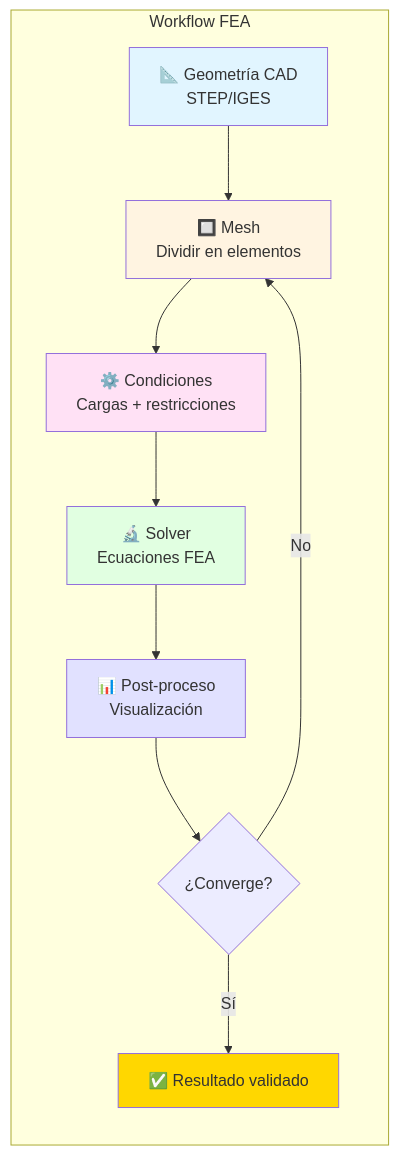
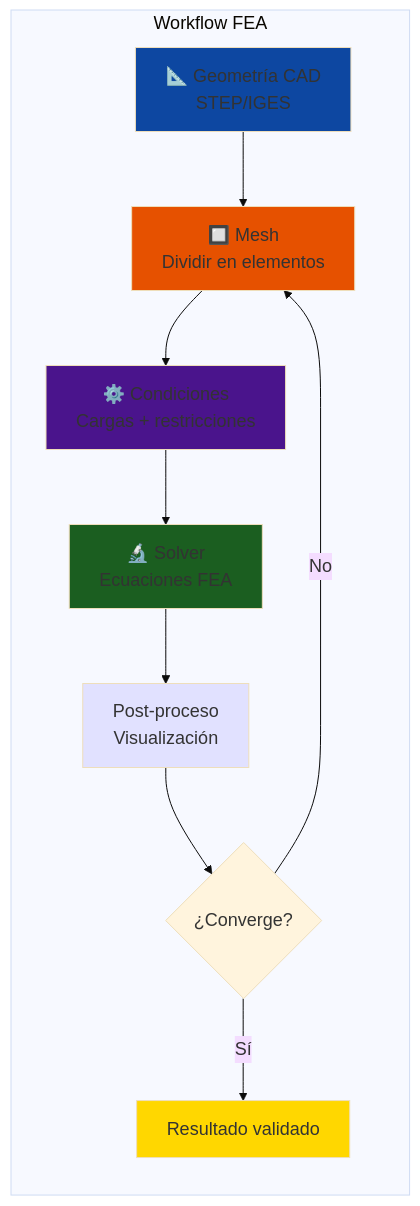
Before and after one commit to Ai-Whisperers/Courses-Content: the tenth of 18 diagrams in courses/🟡-development/FPUNA-2026/03-INGENIERIA-AERONAUTICA/03-estructuras-materiales.md, drawn with Mermaid. The commit also changed other lines of this file and 47 other files, not shown here.

First line of the commit message:
fix: Make all 473 diagrams WCAG AAA accessible (FPUNA-2026)

````diff
--- a/courses/🟡-development/FPUNA-2026/03-INGENIERIA-AERONAUTICA/03-estructuras-materiales.md
+++ b/courses/🟡-development/FPUNA-2026/03-INGENIERIA-AERONAUTICA/03-estructuras-materiales.md
@@ -651,26 +660,27 @@
 ```mermaid
+%%{init: {'theme':'base', 'themeVariables': {'fontSize':'18px'}}}%%
 graph LR
     subgraph "Workflow FEA"
         A[📐 Geometría CAD<br/>STEP/IGES]
         B[🔲 Mesh<br/>Dividir en elementos]
         C[⚙️ Condiciones<br/>Cargas + restricciones]
         D[🔬 Solver<br/>Ecuaciones FEA]
-        E[📊 Post-proceso<br/>Visualización]
+        E[Post-proceso<br/>Visualización]
         
         A --> B
         B --> C
         C --> D
         D --> E
         
         E --> F{¿Converge?}
         F -->|No| B
-        F -->|Sí| G[✅ Resultado validado]
+        F -->|Sí| G[Resultado validado]
     end
     
-    style A fill:#E1F5FF
-    style B fill:#FFF4E1
-    style C fill:#FFE1F5
-    style D fill:#E1FFE1
+    style A fill:#0d47a1
+    style B fill:#e65100
+    style C fill:#4a148c
+    style D fill:#1b5e20
     style E fill:#E1E1FF
     style G fill:#FFD700
 ```
````
